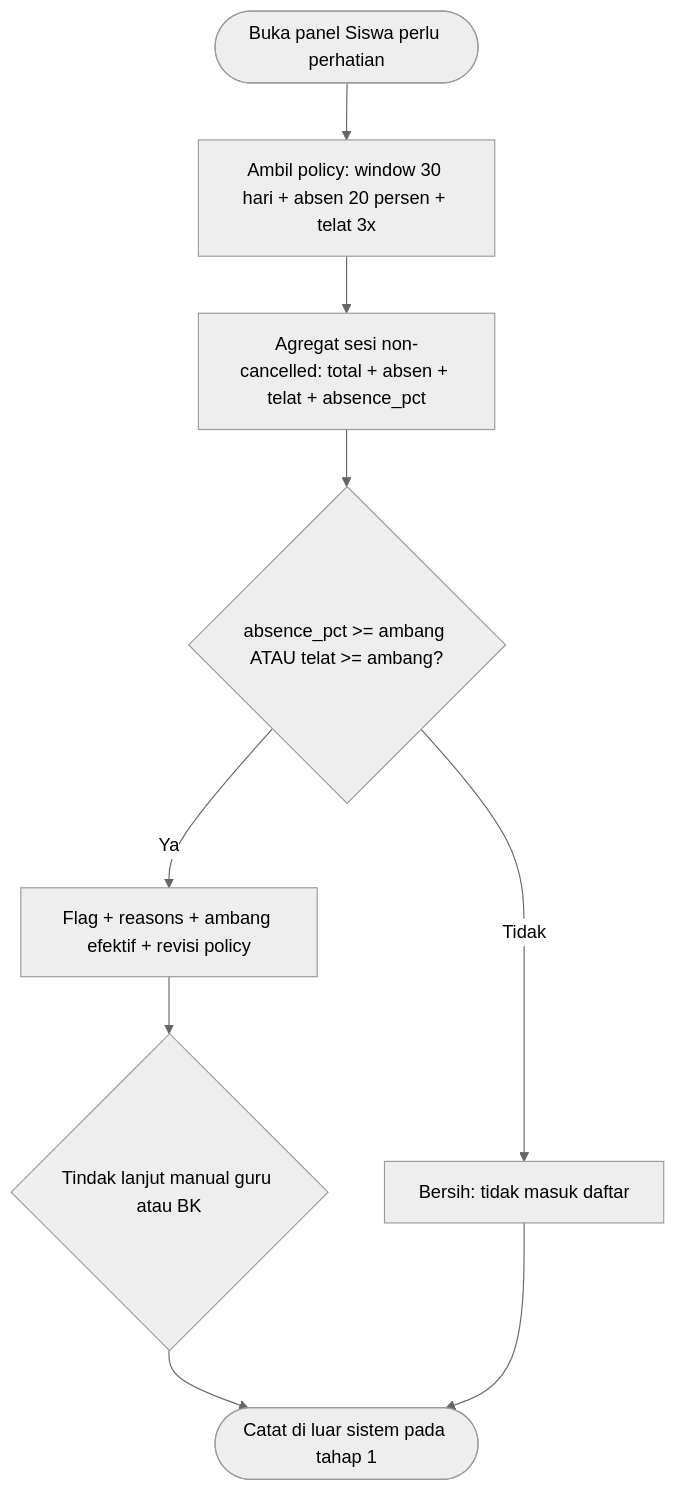
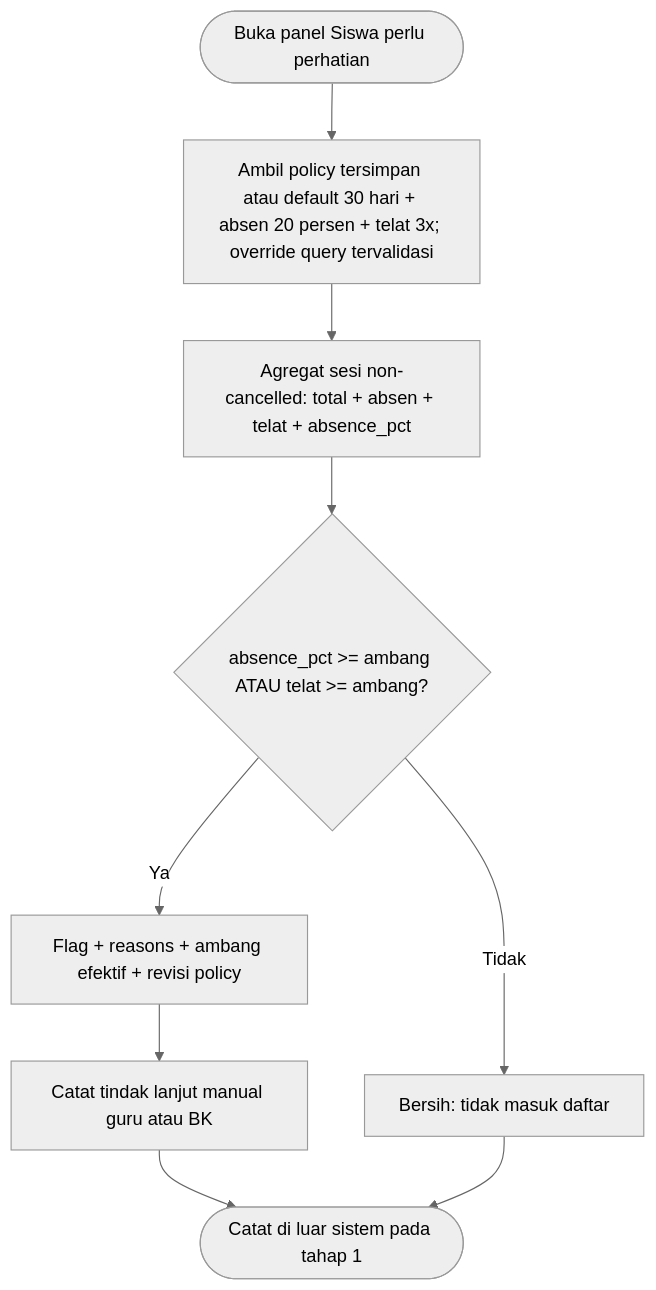
One commit to mygads/Face-Recognition-Capstone changed the tenth of 14 diagrams in docs/proposal/05-activity.md. Above: the diagram before and after it, drawn with Mermaid (neutral theme). The commit also changed other lines of this file and 5 other files, not shown here.

````diff
--- a/docs/proposal/05-activity.md
+++ b/docs/proposal/05-activity.md
@@ -247,11 +255,11 @@
 ```mermaid
 flowchart TD
-  S([Buka panel Siswa perlu perhatian]) --> W[Ambil policy: window 30 hari + absen 20 persen + telat 3x]
+  S([Buka panel Siswa perlu perhatian]) --> W[Ambil policy tersimpan atau default 30 hari + absen 20 persen + telat 3x; override query tervalidasi]
   W --> G[Agregat sesi non-cancelled: total + absen + telat + absence_pct]
   G --> F{absence_pct >= ambang ATAU telat >= ambang?}
   F -- Tidak --> B[Bersih: tidak masuk daftar]
   F -- Ya --> L[Flag + reasons + ambang efektif + revisi policy]
-  L --> H{Tindak lanjut manual guru atau BK}
+  L --> H[Catat tindak lanjut manual guru atau BK]
   H --> E([Catat di luar sistem pada tahap 1])
   B --> E
 ```
````
